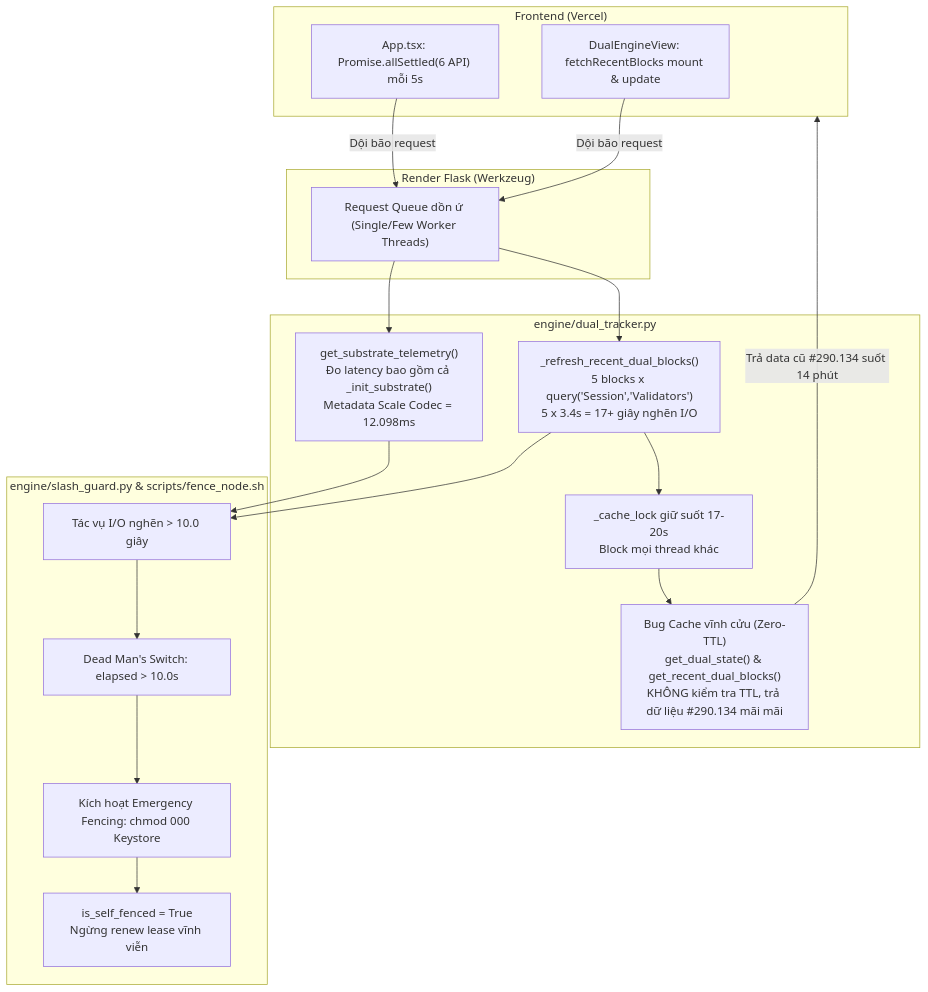
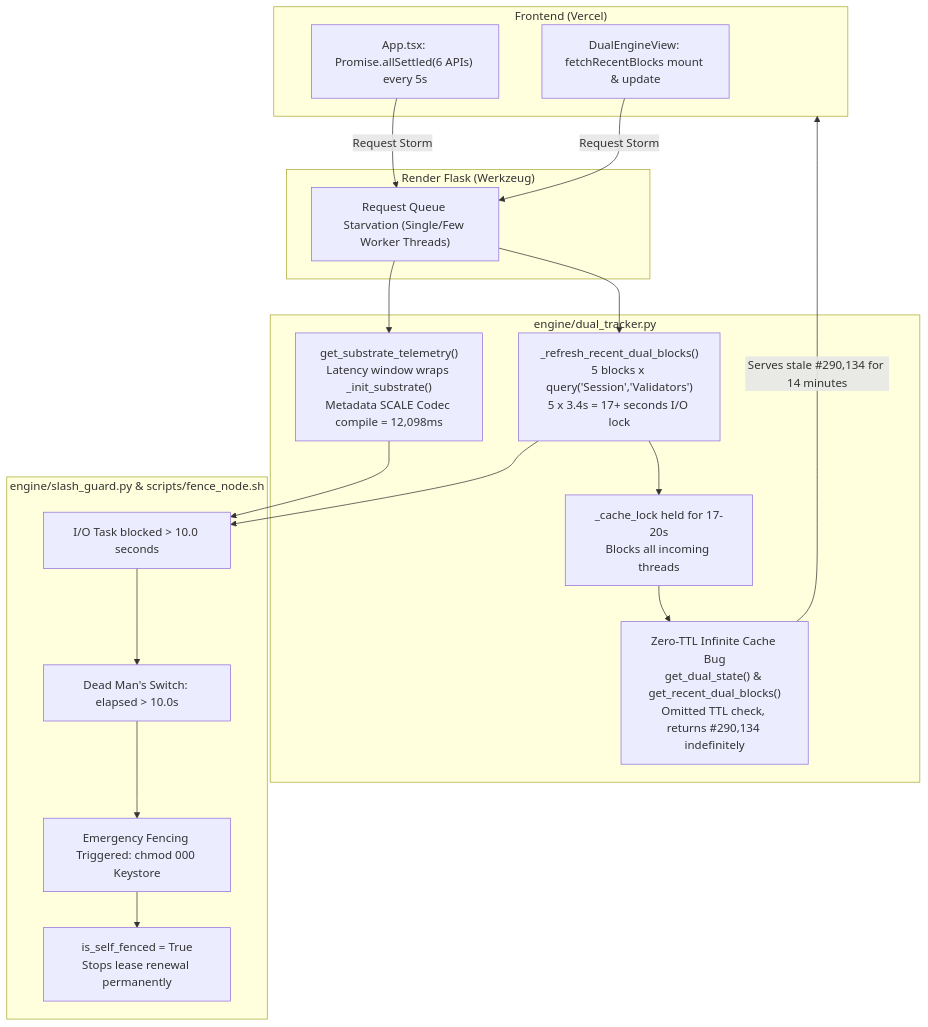
Before and after one commit to DanhCaTuanNgoc/DotNexus: the diagram in docs/LATENCY_AND_BLOCK_LAG_INVESTIGATION.md, drawn with Mermaid. The commit also changed other lines of this file and 5 other files, not shown here.

````diff
--- a/docs/LATENCY_AND_BLOCK_LAG_INVESTIGATION.md
+++ b/docs/LATENCY_AND_BLOCK_LAG_INVESTIGATION.md
@@ -70,38 +70,38 @@
 ```mermaid
 flowchart TD
     subgraph Frontend["Frontend (Vercel)"]
-        F1["App.tsx: Promise.allSettled(6 API) mỗi 5s"]
+        F1["App.tsx: Promise.allSettled(6 APIs) every 5s"]
         F2["DualEngineView: fetchRecentBlocks mount & update"]
     end
 
     subgraph BackendGateway["Render Flask (Werkzeug)"]
-        B1["Request Queue dồn ứ (Single/Few Worker Threads)"]
+        B1["Request Queue Starvation (Single/Few Worker Threads)"]
     end
 
     subgraph DualTracker["engine/dual_tracker.py"]
-        D1["get_substrate_telemetry()<br/>Đo latency bao gồm cả _init_substrate()<br/>Metadata Scale Codec = 12.098ms"]
-        D2["_refresh_recent_dual_blocks()<br/>5 blocks x query('Session','Validators')<br/>5 x 3.4s = 17+ giây nghẽn I/O"]
-        D3["_cache_lock giữ suốt 17-20s<br/>Block mọi thread khác"]
-        D4["Bug Cache vĩnh cửu (Zero-TTL)<br/>get_dual_state() & get_recent_dual_blocks()<br/>KHÔNG kiểm tra TTL, trả dữ liệu #290.134 mãi mãi"]
+        D1["get_substrate_telemetry()<br/>Latency window wraps _init_substrate()<br/>Metadata SCALE Codec compile = 12,098ms"]
+        D2["_refresh_recent_dual_blocks()<br/>5 blocks x query('Session','Validators')<br/>5 x 3.4s = 17+ seconds I/O lock"]
+        D3["_cache_lock held for 17-20s<br/>Blocks all incoming threads"]
+        D4["Zero-TTL Infinite Cache Bug<br/>get_dual_state() & get_recent_dual_blocks()<br/>Omitted TTL check, returns #290,134 indefinitely"]
     end
 
     subgraph SecurityTrigger["engine/slash_guard.py & scripts/fence_node.sh"]
-        S1["Tác vụ I/O nghẽn > 10.0 giây"]
+        S1["I/O Task blocked > 10.0 seconds"]
         S2["Dead Man's Switch: elapsed > 10.0s"]
-        S3["Kích hoạt Emergency Fencing: chmod 000 Keystore"]
-        S4["is_self_fenced = True<br/>Ngừng renew lease vĩnh viễn"]
+        S3["Emergency Fencing Triggered: chmod 000 Keystore"]
+        S4["is_self_fenced = True<br/>Stops lease renewal permanently"]
     end
 
-    F1 -->|Dội bão request| B1
-    F2 -->|Dội bão request| B1
+    F1 -->|Request Storm| B1
+    F2 -->|Request Storm| B1
     B1 --> D1
     B1 --> D2
     D2 --> D3
     D1 --> S1
     D2 --> S1
     S1 --> S2
     S2 --> S3
     S3 --> S4
     D3 --> D4
-    D4 -->|Trả data cũ #290.134 suốt 14 phút| Frontend
+    D4 -->|Serves stale #290,134 for 14 minutes| Frontend
 ```
````
